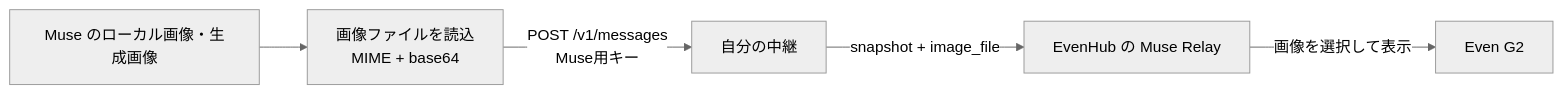
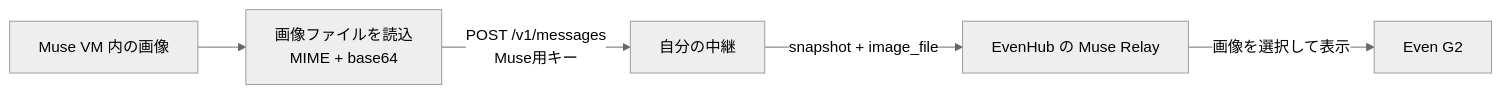
One commit to 3mintimer/muse-relay changed the fourth of 5 diagrams in docs/protocol.ja.md. Above: the diagram before and after it, drawn with Mermaid (neutral theme). The commit also changed other lines of this file and 16 other files, not shown here.

````diff
--- a/docs/protocol.ja.md
+++ b/docs/protocol.ja.md
@@ -362,7 +366,7 @@
 ```mermaid
 flowchart LR
-  File["Muse のローカル画像・生成画像"] --> Read["画像ファイルを読込\nMIME + base64"]
+  File["Muse VM 内の画像"] --> Read["画像ファイルを読込\nMIME + base64"]
   Read -->|"POST /v1/messages\nMuse用キー"| Relay["自分の中継"]
   Relay -->|"snapshot + image_file"| Hub["EvenHub の Muse Relay"]
   Hub -->|"画像を選択して表示"| G2["Even G2"]
 ```
````
